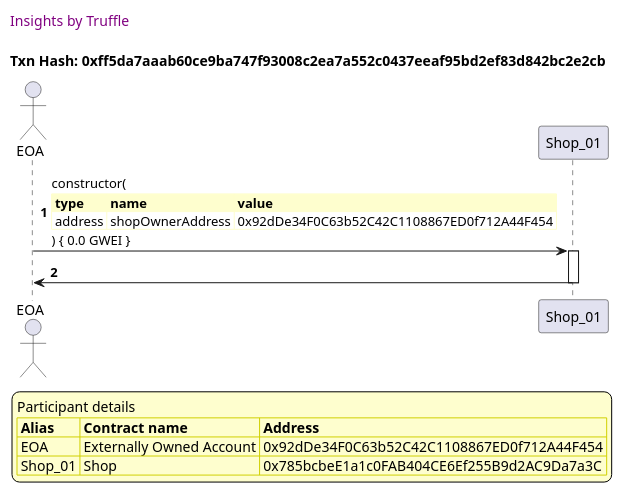
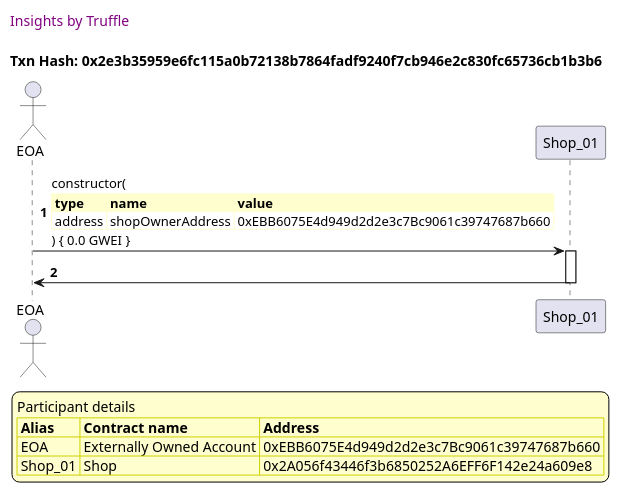
One commit to thedarkjester/ConsensysAssignment changed the first of 3 diagrams in truffle-seq/Shop_test_shop_buy_product.md. Above: the diagram before and after it, drawn with PlantUML. The commit also changed other lines of this file and 13 other files, not shown here.

````diff
--- a/truffle-seq/Shop_test_shop_buy_product.md
+++ b/truffle-seq/Shop_test_shop_buy_product.md
@@ -13,40 +13,40 @@
 ```plantuml
 
 
 @startuml
 
 autonumber
 skinparam legendBackgroundColor #FEFECE
 
 <style>
       header {
         HorizontalAlignment left
         FontColor purple
         FontSize 14
         Padding 10
       }
     </style>
 
 header Insights by Truffle
 
-title Txn Hash: 0xff5da7aaab60ce9ba747f93008c2ea7a552c0437eeaf95bd2ef83d842bc2e2cb
+title Txn Hash: 0x2e3b35959e6fc115a0b72138b7864fadf9240f7cb946e2c830fc65736cb1b3b6
 
 
 actor EOA as "EOA"
 participant Shop_01 as "Shop_01"
 
 "EOA" -> "Shop_01" ++: constructor(\n\
 <#FEFECE,#FEFECE>|= type |= name |= value |\n\
-| address | shopOwnerAddress | 0x92dDe34F0C63b52C42C1108867ED0f712A44F454 |\n\
+| address | shopOwnerAddress | 0xEBB6075E4d949d2d2e3c7Bc9061c39747687b660 |\n\
 ) { 0.0 GWEI }
 "Shop_01" -> "EOA" --: 
 
 legend
 Participant details
 <#FEFECE,#D0D000>|= Alias |= Contract name |= Address |
-<#FEFECE>| EOA | Externally Owned Account | 0x92dDe34F0C63b52C42C1108867ED0f712A44F454 |
-<#FEFECE>| Shop_01 | Shop | 0x785bcbeE1a1c0FAB404CE6Ef255B9d2AC9Da7a3C |
+<#FEFECE>| EOA | Externally Owned Account | 0xEBB6075E4d949d2d2e3c7Bc9061c39747687b660 |
+<#FEFECE>| Shop_01 | Shop | 0x2A056f43446f3b6850252A6EFF6F142e24a609e8 |
 endlegend
 
 @enduml
 ```
````
